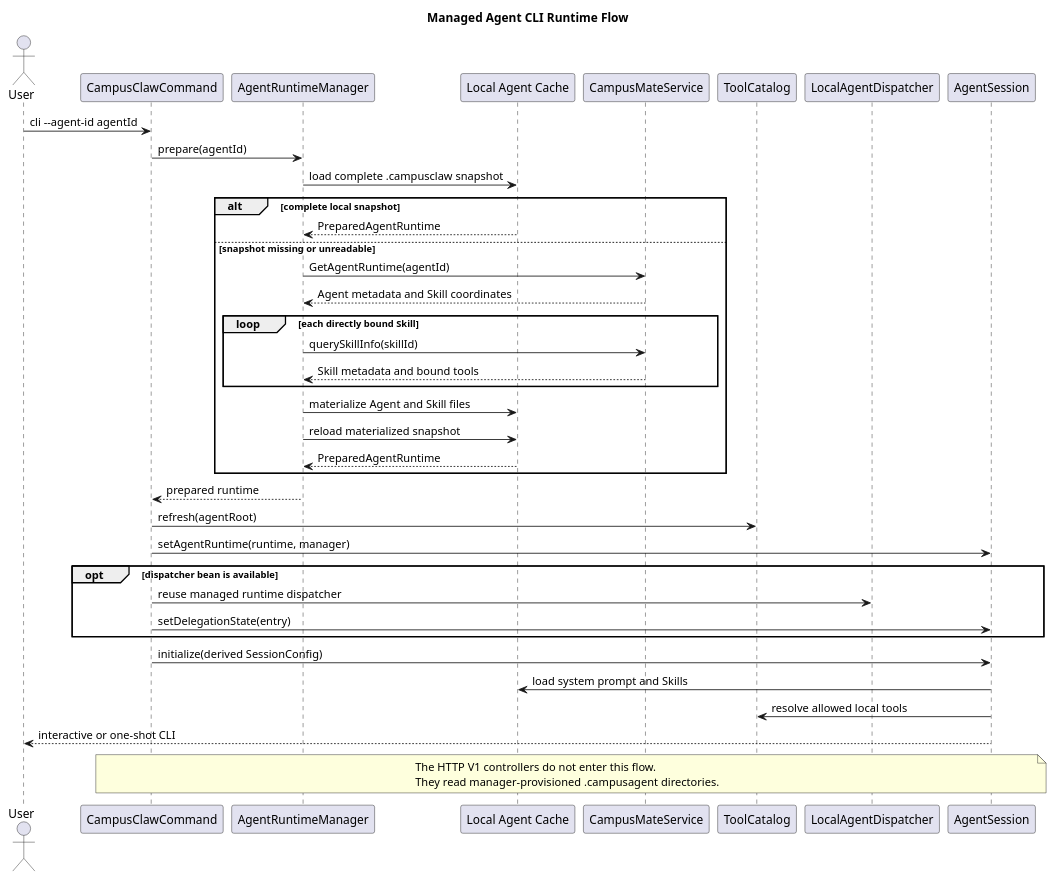
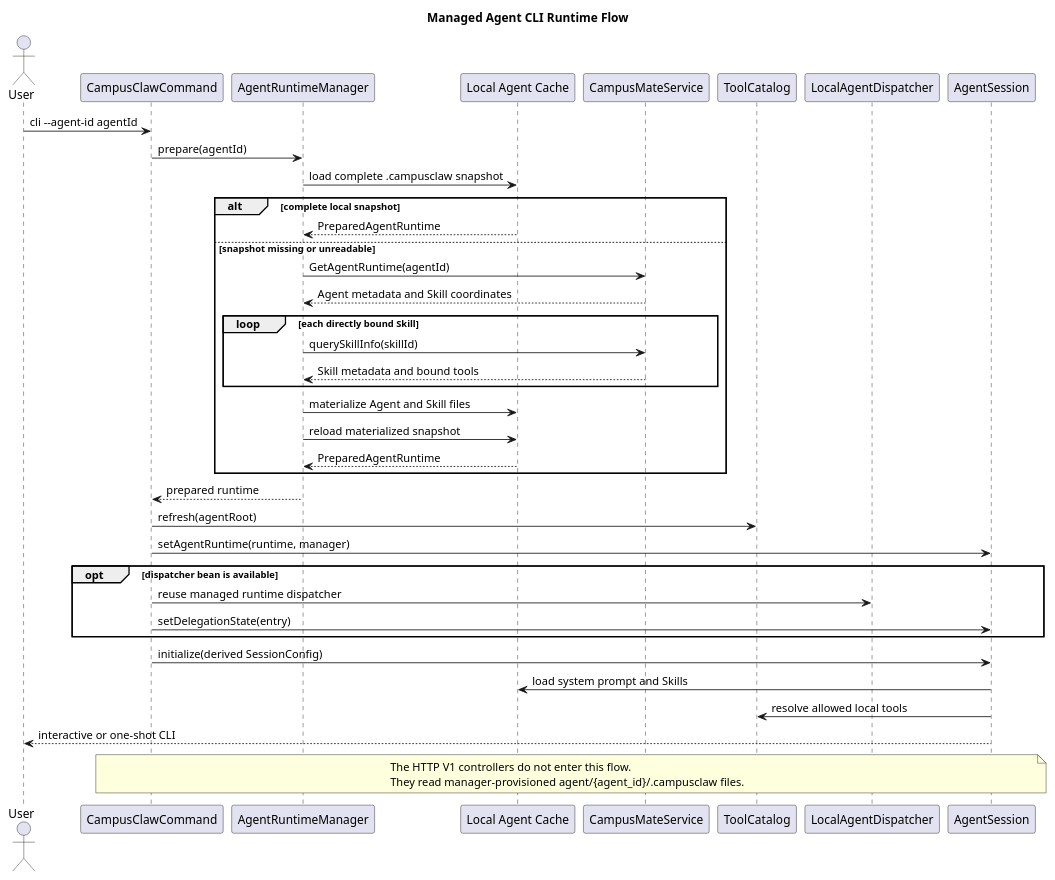
Before and after one commit to 2862282695gjh-afk/pi-mono-java: the diagram in docs/designs/agent-skill-runtime/diagram.puml, drawn with PlantUML. The commit also changed 24 other files, not shown here.

Commit message:
fix(runtime-api): use campusclaw agent directory

```diff
--- a/docs/designs/agent-skill-runtime/diagram.puml
+++ b/docs/designs/agent-skill-runtime/diagram.puml
@@ -1,54 +1,54 @@
 @startuml managed_agent_cli_flow
 title Managed Agent CLI Runtime Flow
 
 ' Source evidence: modules/coding-agent-cli/src/main/java/com/campusclaw/codingagent/cli/CampusClawCommand.java (call, createAgentSession, configureDelegation)
 ' Source evidence: modules/coding-agent-cli/src/main/java/com/campusclaw/codingagent/runtime/AgentRuntimeManager.java (prepare, materialize)
 ' Source evidence: modules/coding-agent-cli/src/main/java/com/campusclaw/codingagent/session/AgentSession.java (initialize, setAgentRuntime, setDelegationState)
 ' Observed behavior: only the explicit CLI --agent-id path uses the CampusMate materializer.
-' Architecture change: the public HTTP V1 runtime uses its own read-only .campusagent directory contract.
+' Architecture change: HTTP V1 and managed CLI share the .campusclaw location but retain separate file contracts and loading flows.
 
 actor User
 participant "CampusClawCommand" as CLI
 participant "AgentRuntimeManager" as Runtime
 participant "Local Agent Cache" as Cache
 participant "CampusMateService" as Mate
 participant "ToolCatalog" as Catalog
 participant "LocalAgentDispatcher" as Dispatcher
 participant "AgentSession" as Session
 
 User -> CLI: cli --agent-id agentId
 CLI -> Runtime: prepare(agentId)
 Runtime -> Cache: load complete .campusclaw snapshot
 
 alt complete local snapshot
   Cache --> Runtime: PreparedAgentRuntime
 else snapshot missing or unreadable
   Runtime -> Mate: GetAgentRuntime(agentId)
   Mate --> Runtime: Agent metadata and Skill coordinates
   loop each directly bound Skill
     Runtime -> Mate: querySkillInfo(skillId)
     Mate --> Runtime: Skill metadata and bound tools
   end
   Runtime -> Cache: materialize Agent and Skill files
   Runtime -> Cache: reload materialized snapshot
   Cache --> Runtime: PreparedAgentRuntime
 end
 
 Runtime --> CLI: prepared runtime
 CLI -> Catalog: refresh(agentRoot)
 CLI -> Session: setAgentRuntime(runtime, manager)
 opt dispatcher bean is available
   CLI -> Dispatcher: reuse managed runtime dispatcher
   CLI -> Session: setDelegationState(entry)
 end
 CLI -> Session: initialize(derived SessionConfig)
 Session -> Cache: load system prompt and Skills
 Session -> Catalog: resolve allowed local tools
 Session --> User: interactive or one-shot CLI
 
 note over CLI,Session
 The HTTP V1 controllers do not enter this flow.
-They read manager-provisioned .campusagent directories.
+They read manager-provisioned agent/{agent_id}/.campusclaw files.
 end note
 
 @enduml
```
